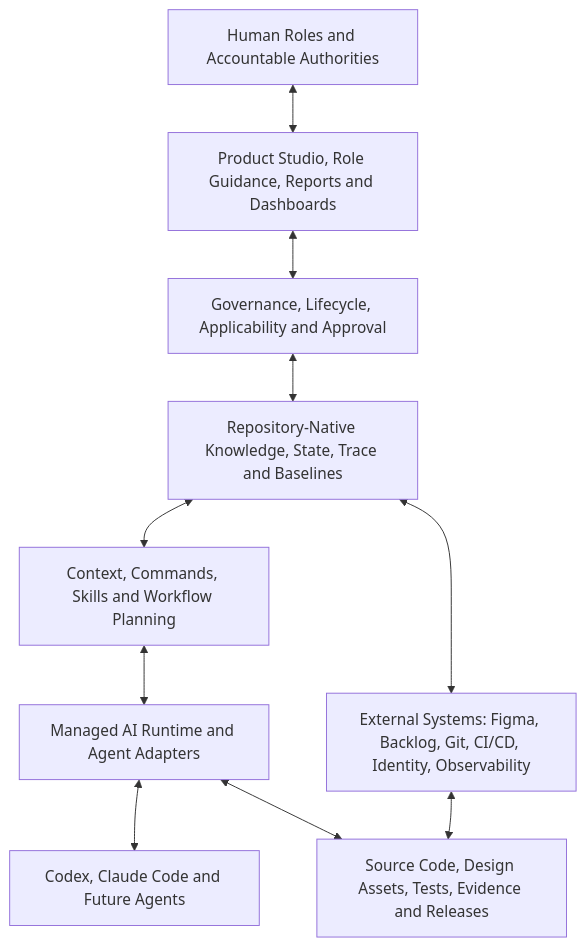
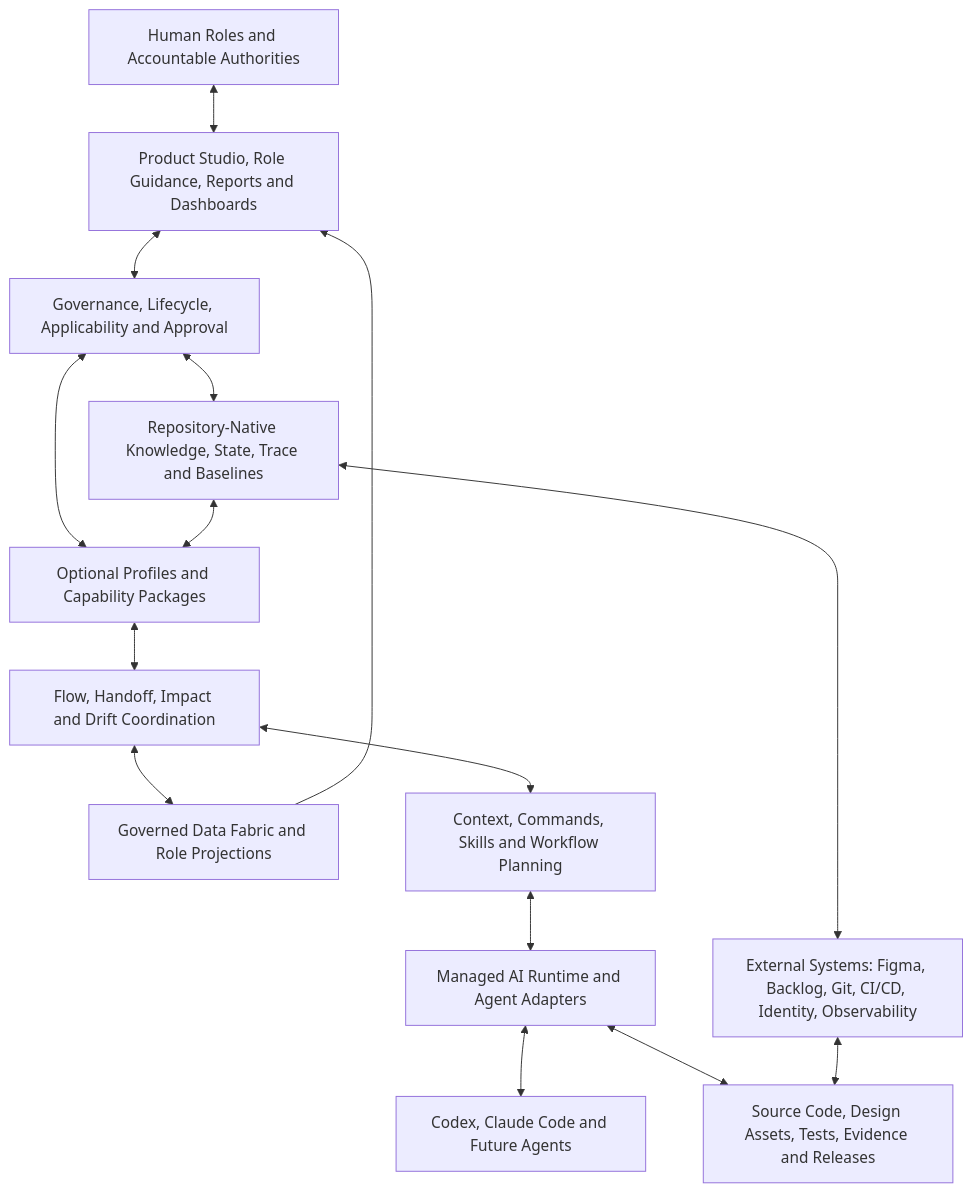
One commit to panahister/GAEP changed the first of 4 diagrams in docs/GAEP_PLATFORM_PRODUCT_IDENTITY_MANIFEST.md. Above: the diagram before and after it, drawn with Mermaid. The commit also changed other lines of this file and 1 other file, not shown here.

````diff
--- a/docs/GAEP_PLATFORM_PRODUCT_IDENTITY_MANIFEST.md
+++ b/docs/GAEP_PLATFORM_PRODUCT_IDENTITY_MANIFEST.md
@@ -351,22 +379,30 @@
 ```mermaid
 flowchart TB
     H["Human Roles and Accountable Authorities"]
     UI["Product Studio, Role Guidance, Reports and Dashboards"]
     G["Governance, Lifecycle, Applicability and Approval"]
     K["Repository-Native Knowledge, State, Trace and Baselines"]
+    P["Optional Profiles and Capability Packages"]
+    O["Flow, Handoff, Impact and Drift Coordination"]
+    D["Governed Data Fabric and Role Projections"]
     C["Context, Commands, Skills and Workflow Planning"]
     R["Managed AI Runtime and Agent Adapters"]
     A["Codex, Claude Code and Future Agents"]
     X["External Systems: Figma, Backlog, Git, CI/CD, Identity, Observability"]
     W["Source Code, Design Assets, Tests, Evidence and Releases"]
 
     H <--> UI
     UI <--> G
     G <--> K
-    K <--> C
+    G <--> P
+    K <--> P
+    P <--> O
+    O <--> C
+    O <--> D
+    D --> UI
     C <--> R
     R <--> A
     K <--> X
     R <--> W
     X <--> W
 ```
````
